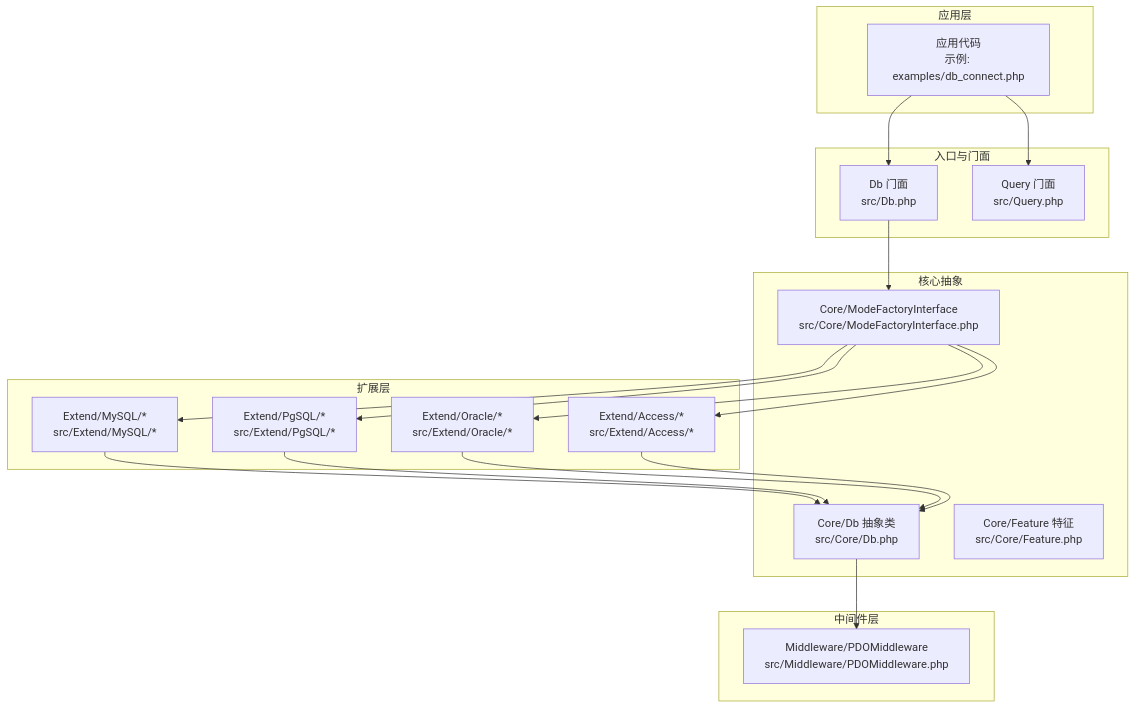
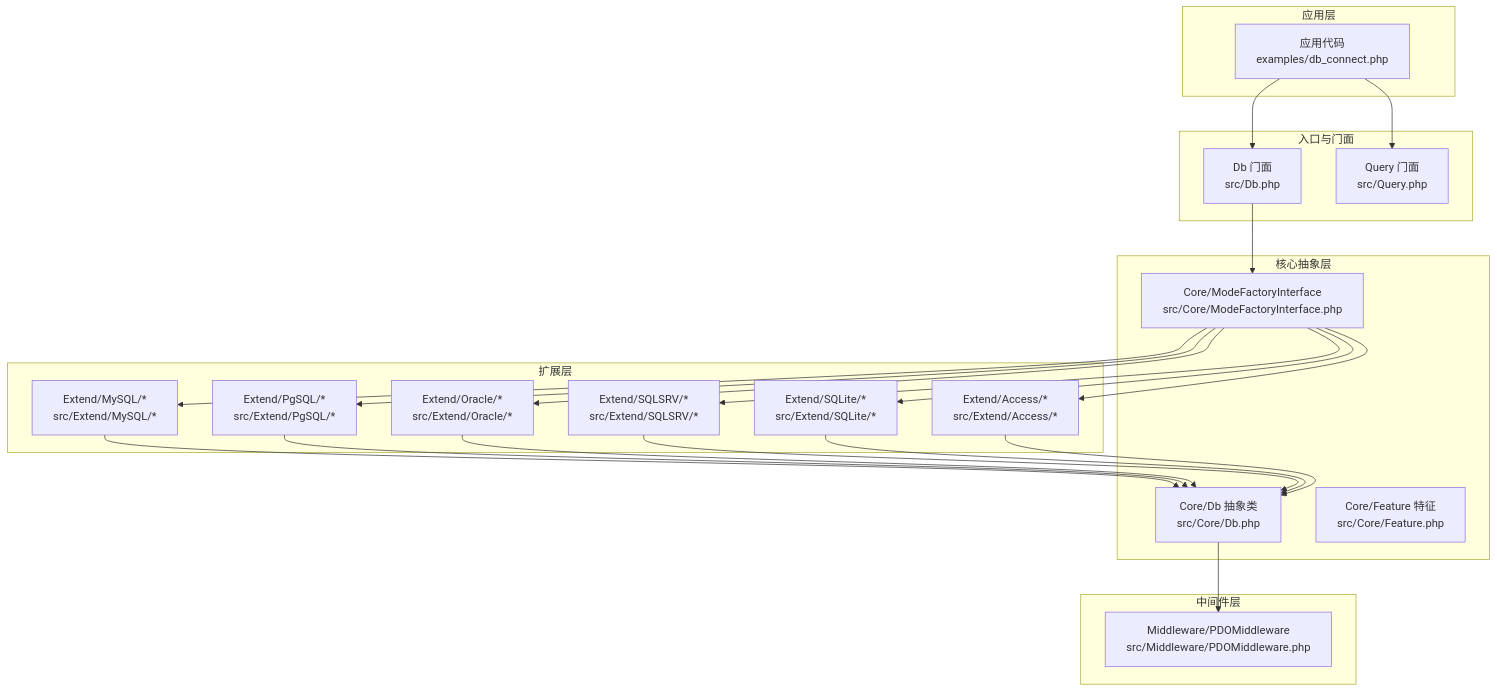
The third of 9 diagrams in .qoder/repowiki/zh/content/项目概述/项目概述.md (fizechan/FizeDatabase), drawn with Mermaid before and after one commit. The commit also changed other lines of this file and 9 other files, not shown here.

````diff
--- a/.qoder/repowiki/zh/content/项目概述/项目概述.md
+++ b/.qoder/repowiki/zh/content/项目概述/项目概述.md
@@ -66,36 +236,42 @@
 ```mermaid
 graph TB
 subgraph "应用层"
-APP["应用代码<br/>示例: examples/db_connect.php"]
+APP["应用代码<br/>examples/db_connect.php"]
 end
 subgraph "入口与门面"
 DBFacade["Db 门面<br/>src/Db.php"]
 QueryFacade["Query 门面<br/>src/Query.php"]
 end
-subgraph "核心抽象"
+subgraph "核心抽象层"
 CoreDb["Core/Db 抽象类<br/>src/Core/Db.php"]
 ModeIF["Core/ModeFactoryInterface<br/>src/Core/ModeFactoryInterface.php"]
 Feature["Core/Feature 特征<br/>src/Core/Feature.php"]
 end
 subgraph "扩展层"
 MySQLExt["Extend/MySQL/*<br/>src/Extend/MySQL/*"]
 PgSQLExt["Extend/PgSQL/*<br/>src/Extend/PgSQL/*"]
 OracleExt["Extend/Oracle/*<br/>src/Extend/Oracle/*"]
+SQLSRVExt["Extend/SQLSRV/*<br/>src/Extend/SQLSRV/*"]
+SQLiteExt["Extend/SQLite/*<br/>src/Extend/SQLite/*"]
 AccessExt["Extend/Access/*<br/>src/Extend/Access/*"]
 end
 subgraph "中间件层"
 PDOMW["Middleware/PDOMiddleware<br/>src/Middleware/PDOMiddleware.php"]
 end
 APP --> DBFacade
 APP --> QueryFacade
 DBFacade --> ModeIF
 ModeIF --> MySQLExt
 ModeIF --> PgSQLExt
 ModeIF --> OracleExt
+ModeIF --> SQLSRVExt
+ModeIF --> SQLiteExt
 ModeIF --> AccessExt
 MySQLExt --> CoreDb
 PgSQLExt --> CoreDb
 OracleExt --> CoreDb
+SQLSRVExt --> CoreDb
+SQLiteExt --> CoreDb
 AccessExt --> CoreDb
 CoreDb --> PDOMW
 ```
````
